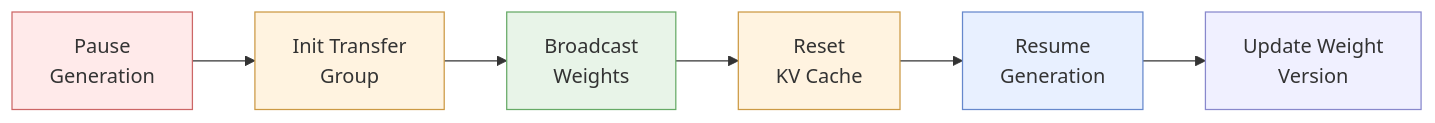
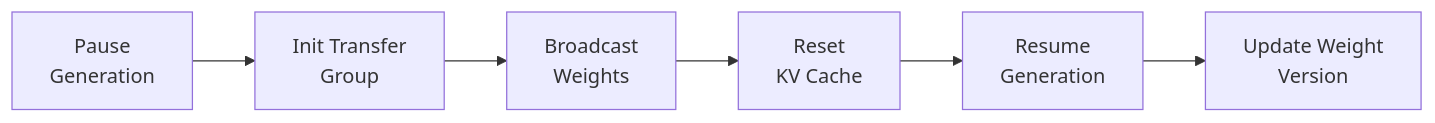
One commit to llm-d-incubation/llm-d-rl changed the second of 7 diagrams in docs/proposals/rl-rollout-northstar.md. Above: the diagram before and after it, drawn with Mermaid. The commit also changed other lines of this file and 1 other file, not shown here.

First line of the commit message:
Remove color/style directives from Mermaid diagrams

````diff
--- a/docs/proposals/rl-rollout-northstar.md
+++ b/docs/proposals/rl-rollout-northstar.md
@@ -126,15 +118,9 @@
 ```mermaid
 flowchart LR
     A["Pause<br/>Generation"] --> B["Init Transfer<br/>Group"]
     B --> C["Broadcast<br/>Weights"]
     C --> D["Reset<br/>KV Cache"]
     D --> E["Resume<br/>Generation"]
     E --> F["Update Weight<br/>Version"]
 
-    style A fill:#ffeaea,stroke:#cc6666
-    style B fill:#fff3e0,stroke:#cc9944
-    style C fill:#e8f4e8,stroke:#66aa66
-    style D fill:#fff3e0,stroke:#cc9944
-    style E fill:#e8f0ff,stroke:#6688cc
-    style F fill:#f0f0ff,stroke:#8888cc
 ```
````
